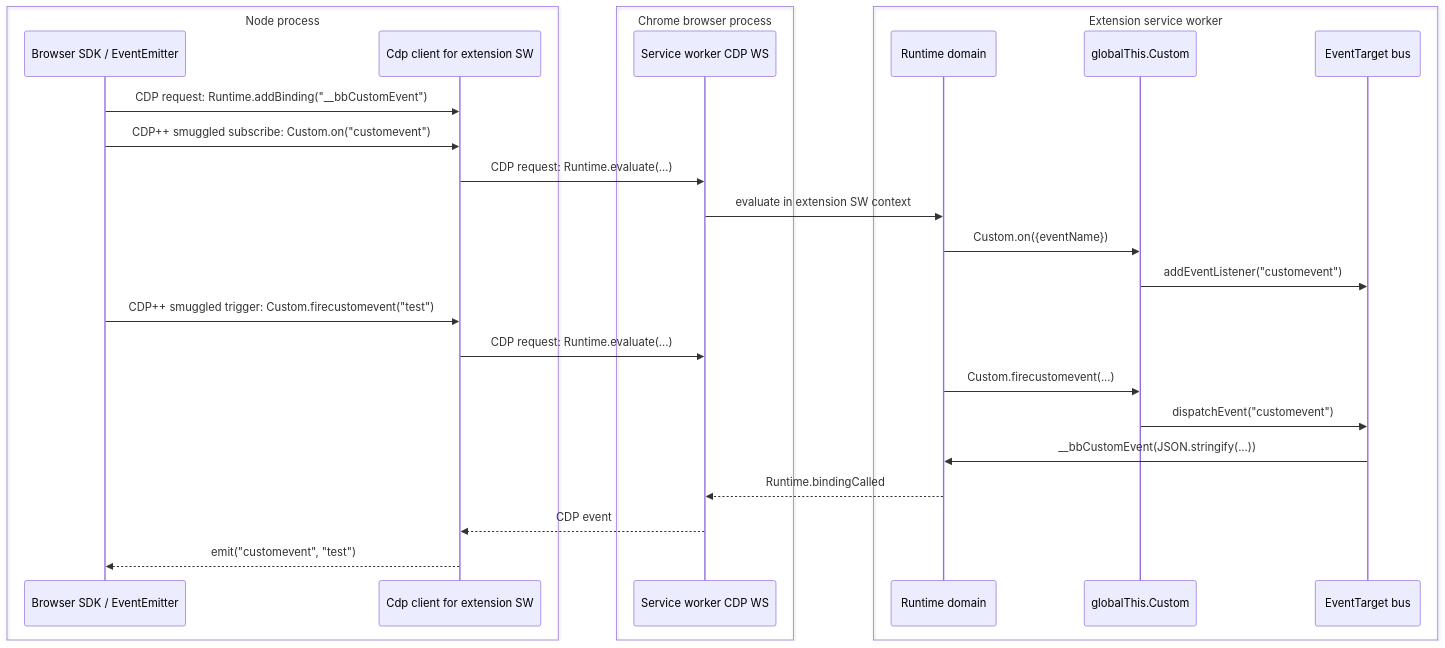
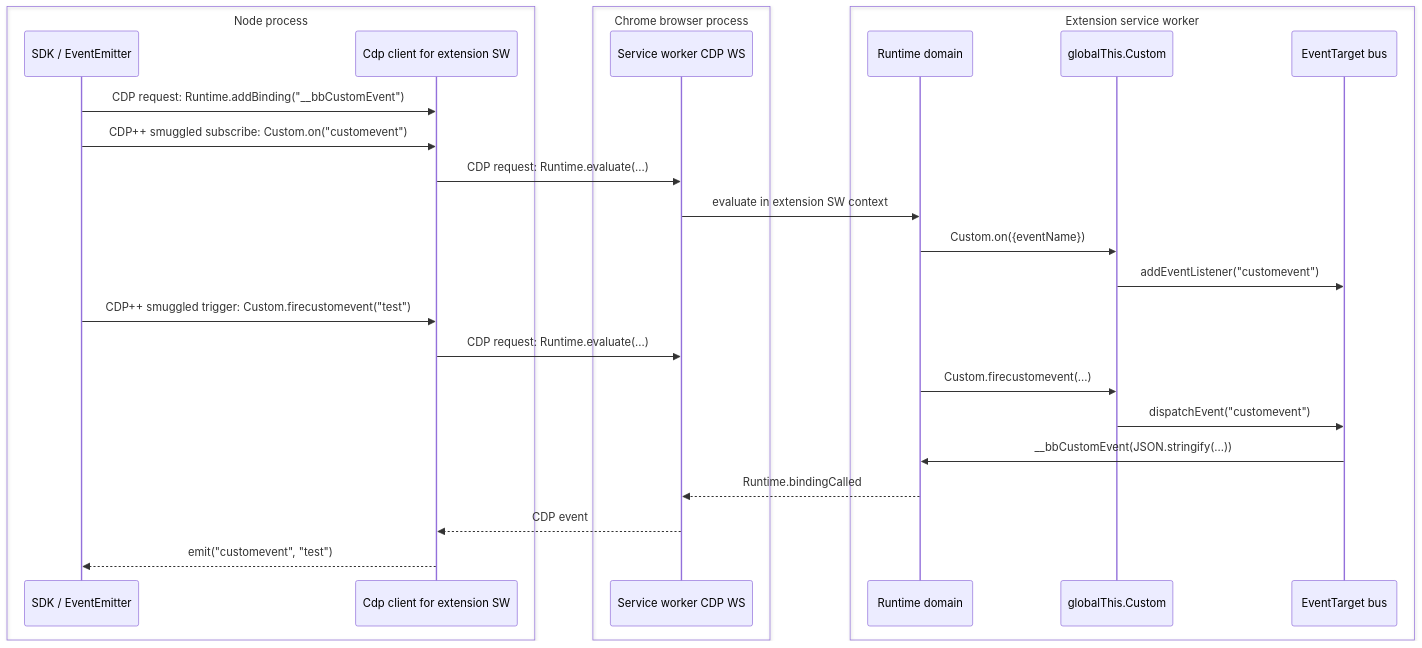
Before and after one commit to pirate/chrome-cdp-extension-bridge: the fourth of 4 diagrams in README.md, drawn with Mermaid. The commit also changed other lines of this file, not shown here.

````diff
--- a/README.md
+++ b/README.md
@@ -116,31 +116,31 @@
 ```mermaid
 sequenceDiagram
   box Node process
-    participant App as Browser SDK / EventEmitter
+    participant App as SDK / EventEmitter
     participant WorkerCdp as Cdp client for extension SW
   end
   box Chrome browser process
     participant WorkerWS as Service worker CDP WS
   end
   box Extension service worker
     participant Runtime as Runtime domain
     participant Custom as globalThis.Custom
     participant Bus as EventTarget bus
   end
 
   App->>WorkerCdp: CDP request: Runtime.addBinding("__bbCustomEvent")
   App->>WorkerCdp: CDP++ smuggled subscribe: Custom.on("customevent")
   WorkerCdp->>WorkerWS: CDP request: Runtime.evaluate(...)
   WorkerWS->>Runtime: evaluate in extension SW context
   Runtime->>Custom: Custom.on({eventName})
   Custom->>Bus: addEventListener("customevent")
 
   App->>WorkerCdp: CDP++ smuggled trigger: Custom.firecustomevent("test")
   WorkerCdp->>WorkerWS: CDP request: Runtime.evaluate(...)
   Runtime->>Custom: Custom.firecustomevent(...)
   Custom->>Bus: dispatchEvent("customevent")
   Bus->>Runtime: __bbCustomEvent(JSON.stringify(...))
   Runtime-->>WorkerWS: Runtime.bindingCalled
   WorkerWS-->>WorkerCdp: CDP event
   WorkerCdp-->>App: emit("customevent", "test")
 ```
````
